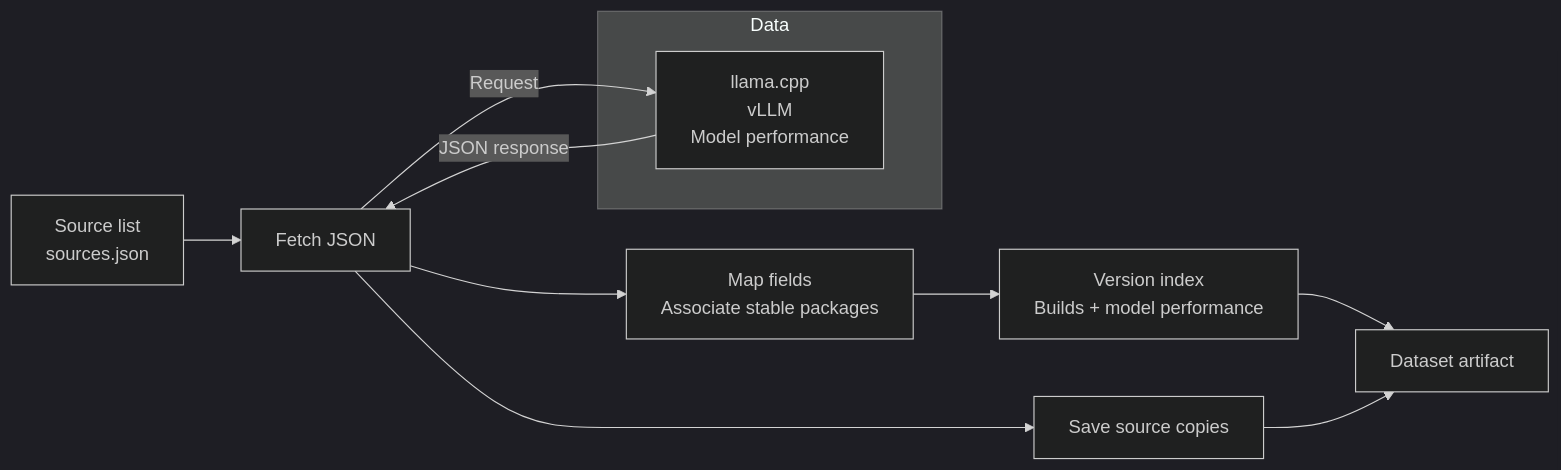
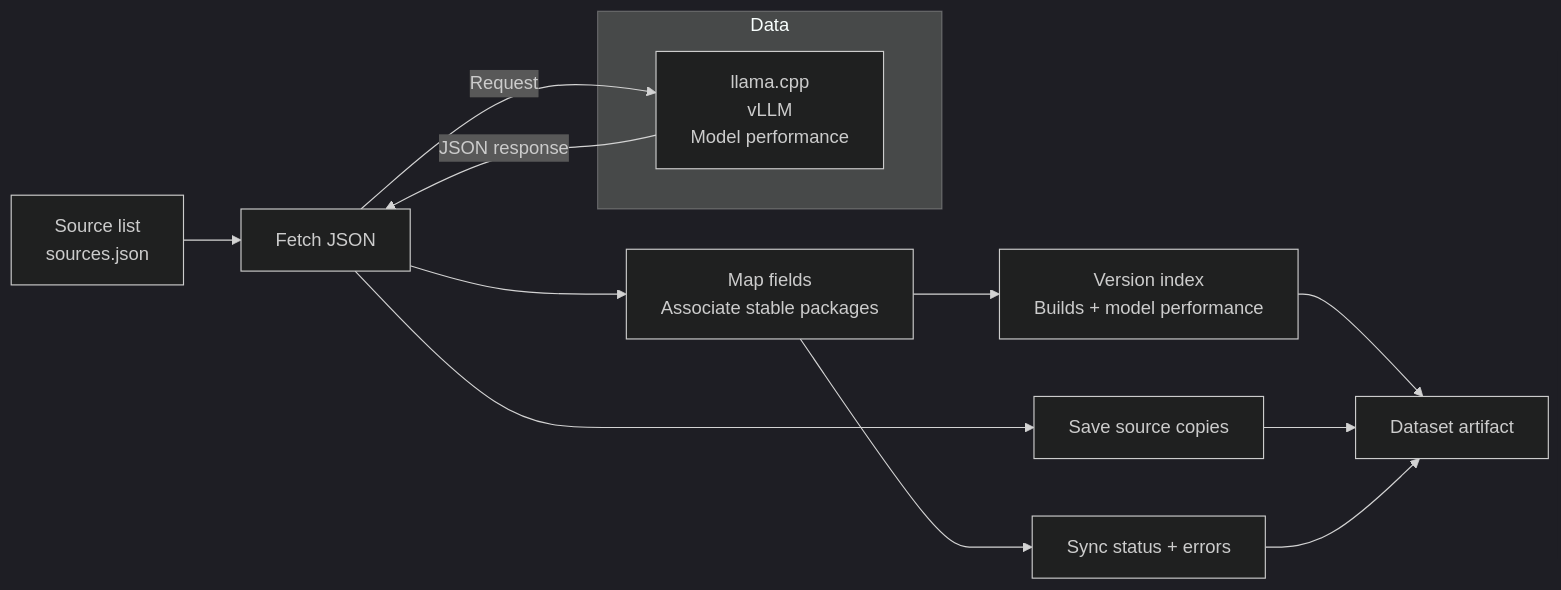
One commit to lemonade-sdk/rocm-readiness changed the first of 2 diagrams in docs/data-flow.md. Above: the diagram before and after it, drawn with Mermaid (dark theme). The commit also changed other lines of this file and 13 other files, not shown here.

````diff
--- a/docs/data-flow.md
+++ b/docs/data-flow.md
@@ -15,14 +15,16 @@
 ```mermaid
 flowchart LR
     Config["Source list<br/>sources.json"] --> Fetch["Fetch JSON"]
     subgraph Data["Data"]
         Sources["llama.cpp<br/>vLLM<br/>Model performance"]
     end
     Fetch -->|Request| Sources
     Sources -->|JSON response| Fetch
     Fetch --> Map["Map fields<br/>Associate stable packages"]
     Map --> Output["Version index<br/>Builds + model performance"]
     Fetch --> Copies["Save source copies"]
     Output --> Artifact["Dataset artifact"]
     Copies --> Artifact
+    Map --> Sync["Sync status + errors"]
+    Sync --> Artifact
 ```
````
